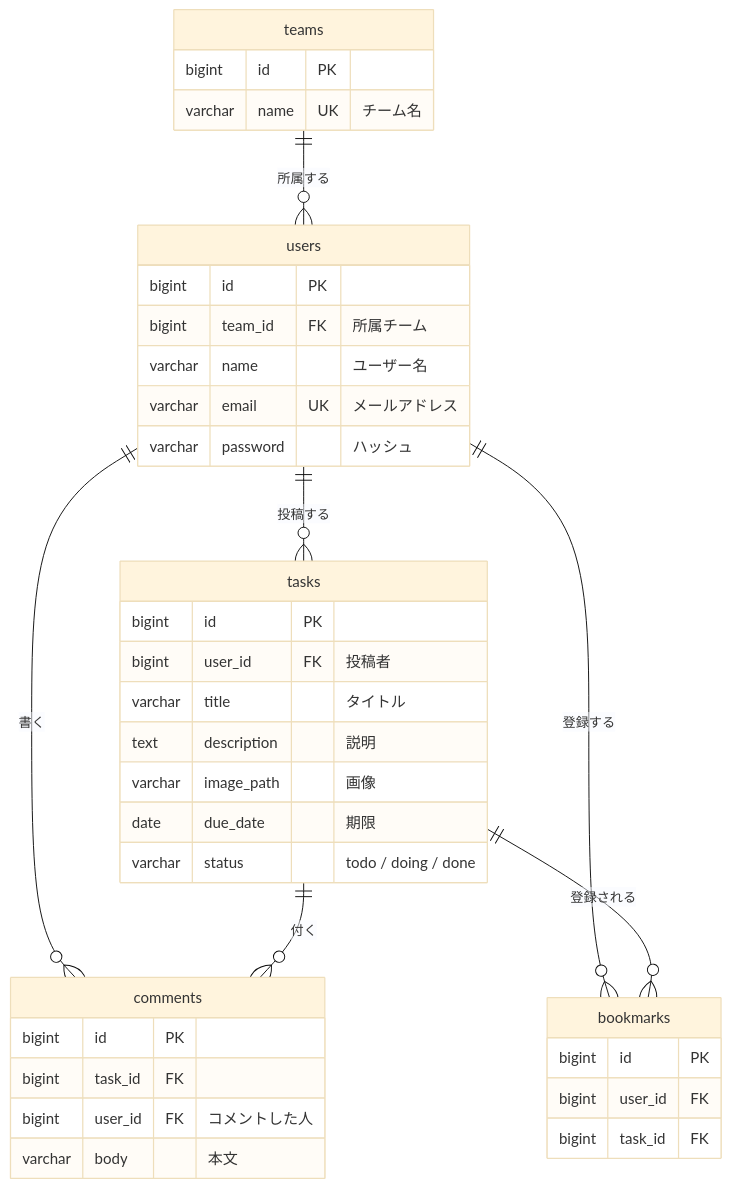
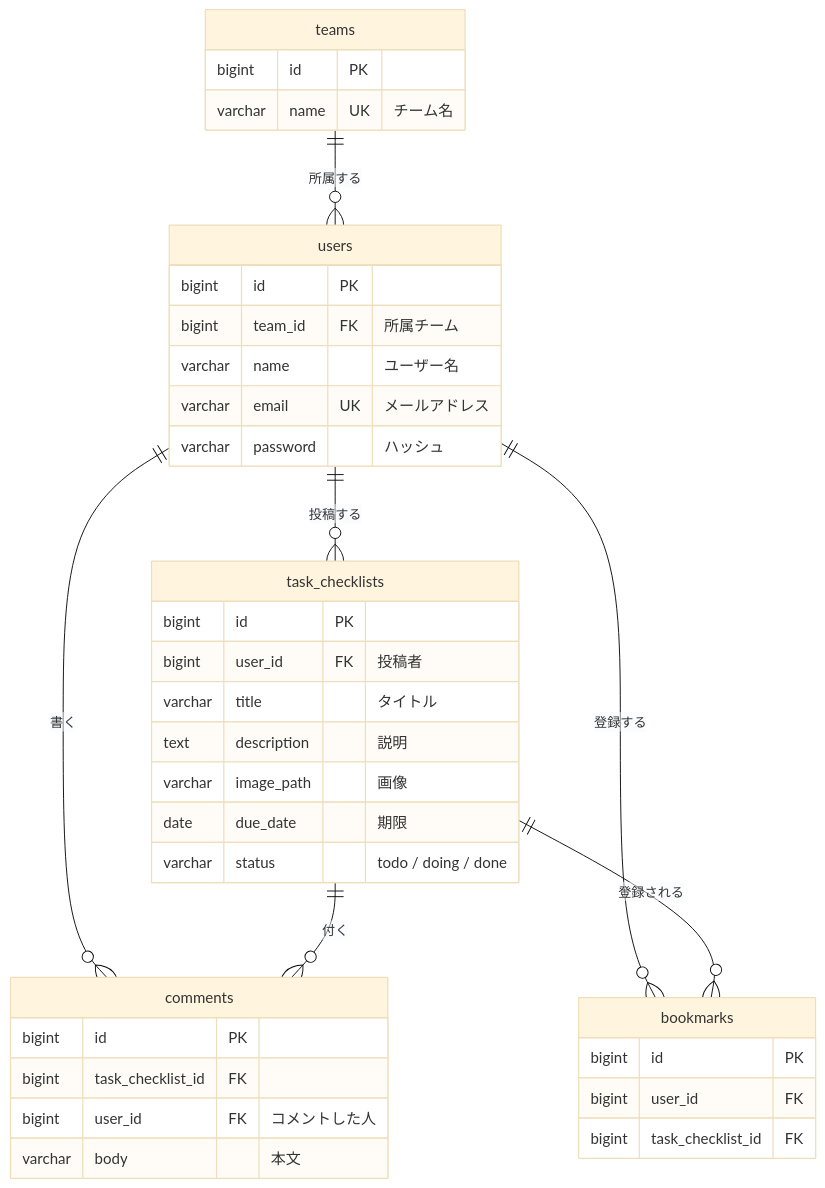
One commit to garrcppmad-boop/task-checklist changed the diagram in docs/02_database-design/er-diagram.md. Above: the diagram before and after it, drawn with Mermaid (base theme). The commit also changed other lines of this file and 15 other files, not shown here.

````diff
--- a/docs/02_database-design/er-diagram.md
+++ b/docs/02_database-design/er-diagram.md
@@ -32,41 +32,41 @@
 ```mermaid
 erDiagram
     teams ||--o{ users : "所属する"
-    users ||--o{ tasks : "投稿する"
+    users ||--o{ task_checklists : "投稿する"
     users ||--o{ comments : "書く"
-    tasks ||--o{ comments : "付く"
+    task_checklists ||--o{ comments : "付く"
     users ||--o{ bookmarks : "登録する"
-    tasks ||--o{ bookmarks : "登録される"
+    task_checklists ||--o{ bookmarks : "登録される"
 
     teams {
         bigint id PK
         varchar name UK "チーム名"
     }
     users {
         bigint id PK
         bigint team_id FK "所属チーム"
         varchar name "ユーザー名"
         varchar email UK "メールアドレス"
         varchar password "ハッシュ"
     }
-    tasks {
+    task_checklists {
         bigint id PK
         bigint user_id FK "投稿者"
         varchar title "タイトル"
         text description "説明"
         varchar image_path "画像"
         date due_date "期限"
         varchar status "todo / doing / done"
     }
     comments {
         bigint id PK
-        bigint task_id FK
+        bigint task_checklist_id FK
         bigint user_id FK "コメントした人"
         varchar body "本文"
     }
     bookmarks {
         bigint id PK
         bigint user_id FK
-        bigint task_id FK
+        bigint task_checklist_id FK
     }
 ```
````
